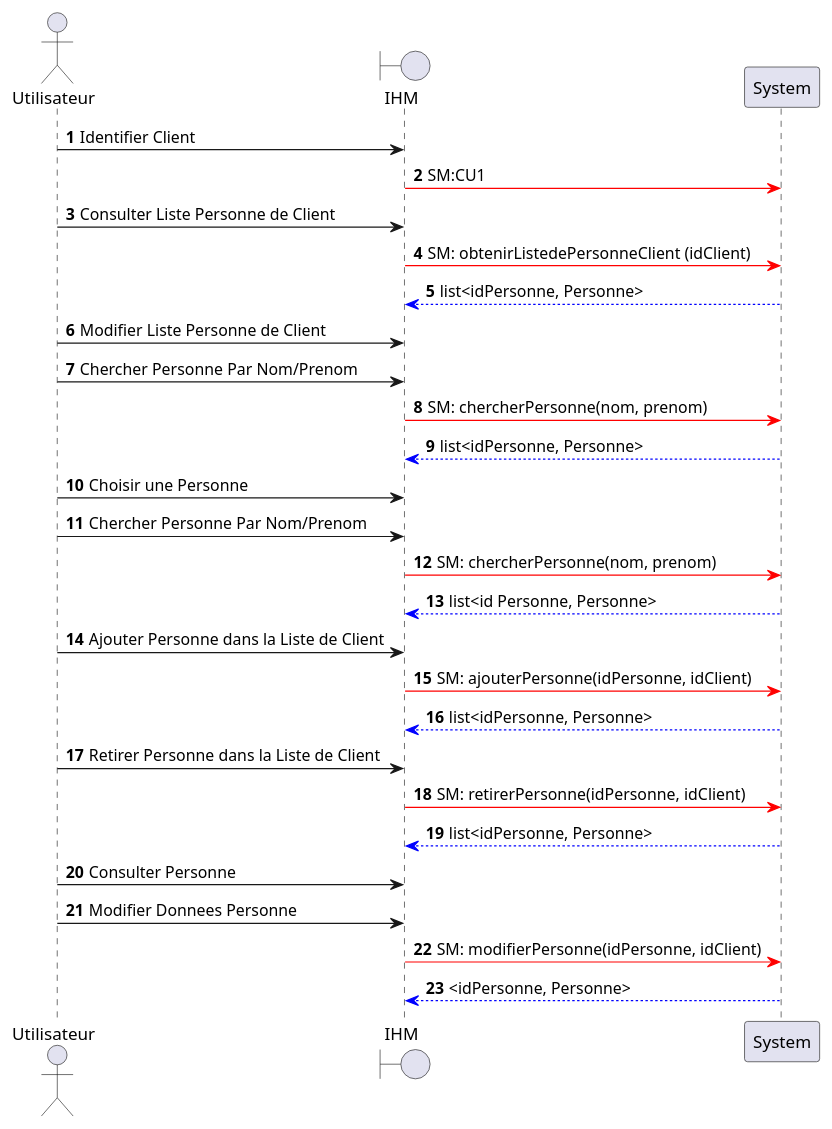
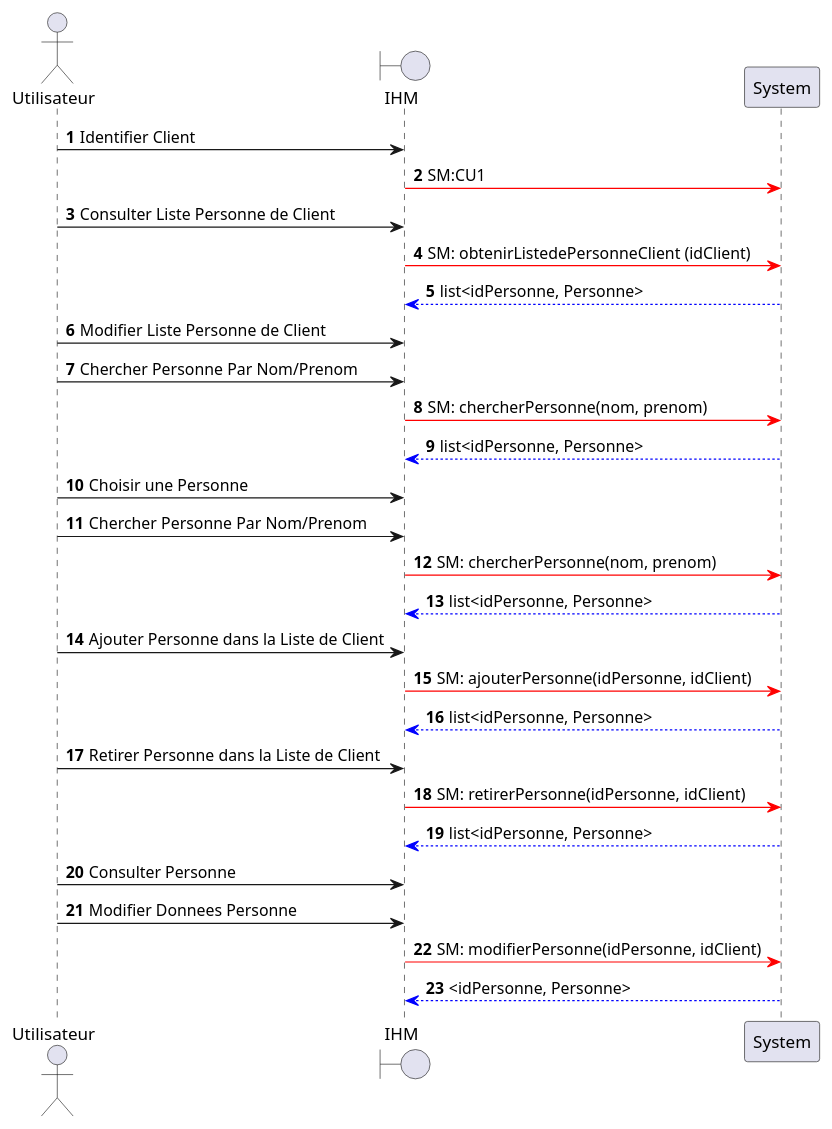
The diagram in src/documentation/CU2-DSS.puml (HZjiadong/PLD-MARS), drawn with PlantUML before and after one commit.

Commit message:
doc(CU2-DSS): Changer une peu le signature du SM

```diff
--- a/src/documentation/CU2-DSS.puml
+++ b/src/documentation/CU2-DSS.puml
@@ -1,47 +1,47 @@
 @startuml
 
 actor Utilisateur as U
 boundary IHM as I
 participant System as S
 
 autonumber
 U->I: Identifier Client
     I-[#red]>S: SM:CU1
 
 U->I: Consulter Liste Personne de Client
     I-[#red]>S: SM: obtenirListedePersonneClient (idClient)
     S-[#0000FF]->I: list<idPersonne, Personne>
 
 U->I: Modifier Liste Personne de Client
 
 U->I: Chercher Personne Par Nom/Prenom
     I-[#red]>S: SM: chercherPersonne(nom, prenom)
     S-[#0000FF]->I: list<idPersonne, Personne>
 
 U->I: Choisir une Personne
 
 U->I: Chercher Personne Par Nom/Prenom
     I-[#red]>S: SM: chercherPersonne(nom, prenom)
-    S-[#0000FF]->I: list<id Personne, Personne>
+    S-[#0000FF]->I: list<idPersonne, Personne>
 
 U->I: Ajouter Personne dans la Liste de Client
     I-[#red]>S: SM: ajouterPersonne(idPersonne, idClient)
     S-[#0000FF]->I: list<idPersonne, Personne>
 
 U->I: Retirer Personne dans la Liste de Client
     I-[#red]>S: SM: retirerPersonne(idPersonne, idClient)
     S-[#0000FF]->I: list<idPersonne, Personne>
 
 U->I: Consulter Personne
 
 U->I: Modifier Donnees Personne
     I-[#red]>S: SM: modifierPersonne(idPersonne, idClient)
     S-[#0000FF]->I: <idPersonne, Personne>
 
 
 
 
 
 
 
 @enduml
```
